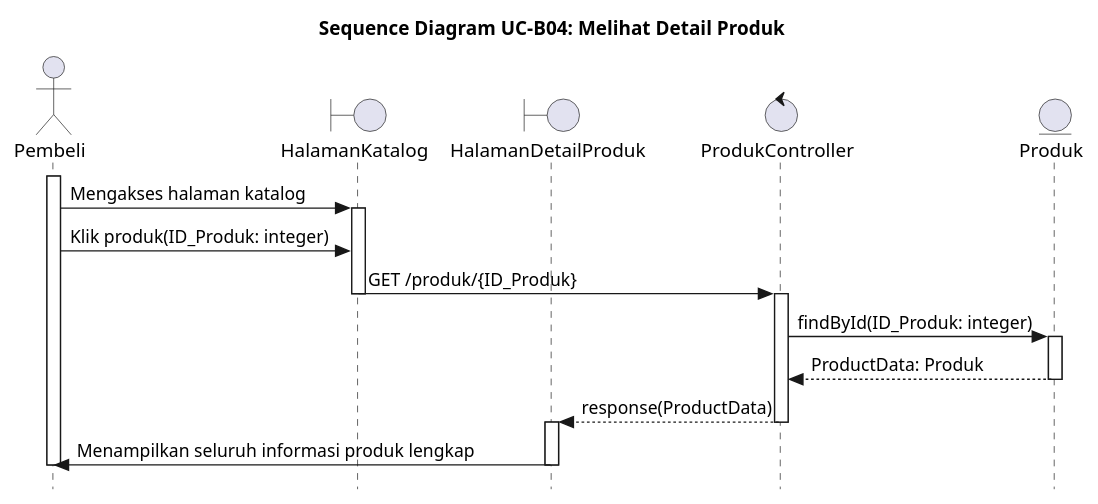
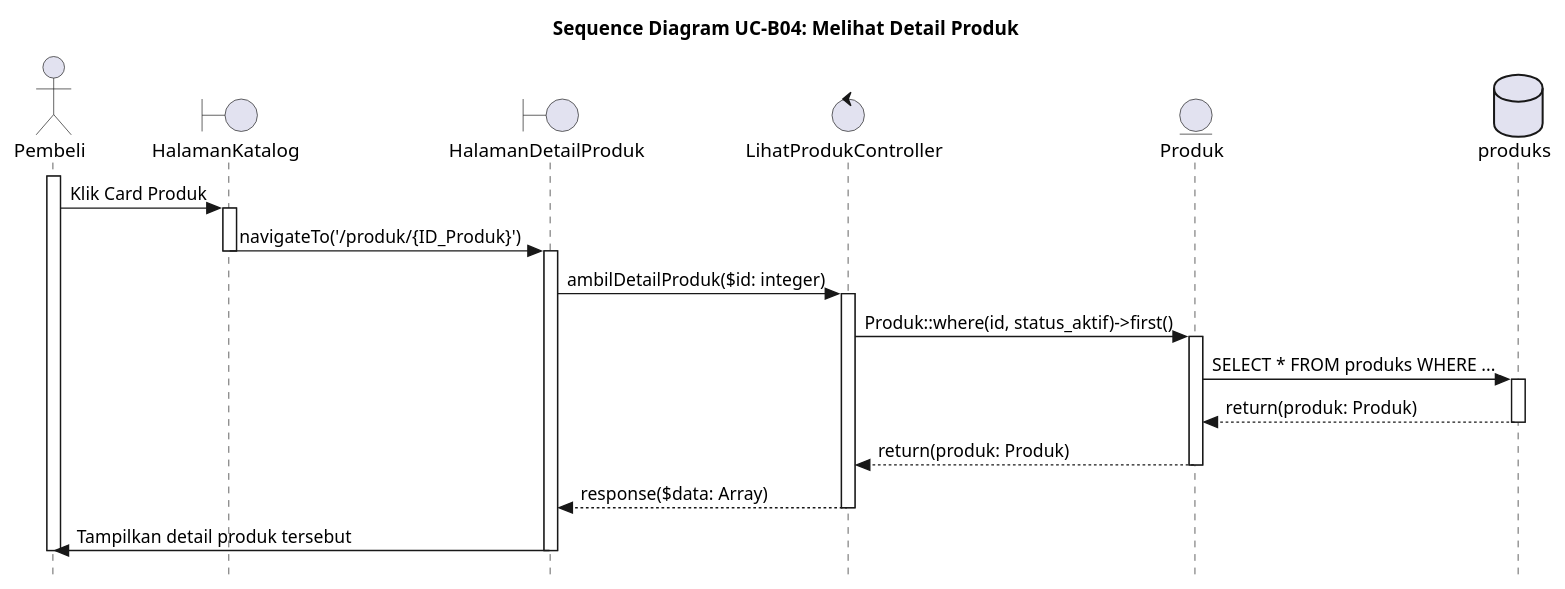
The diagram in UC-B04.PUML (alfiahnurfa/RSI-PROYEK-AKHIR-SEQUENCE), drawn with PlantUML before and after one commit. The commit also changed 8 other files, not shown here.

Commit message:
fix bbrp sequence diagram

```diff
--- a/UC-B04.PUML
+++ b/UC-B04.PUML
@@ -1,34 +1,42 @@
 @startuml SD-UC-B04_MelihatDetailProduk
 title Sequence Diagram UC-B04: Melihat Detail Produk
 skinparam style strictuml
 
 actor Pembeli
 boundary HalamanKatalog
 boundary HalamanDetailProduk
-control ProdukController
+control LihatProdukController
 entity Produk
+database produks
 
 activate Pembeli
-Pembeli -> HalamanKatalog : Mengakses halaman katalog
+Pembeli -> HalamanKatalog : Klik Card Produk
+
 activate HalamanKatalog
+HalamanKatalog -> HalamanDetailProduk : navigateTo('/produk/{ID_Produk}')
+deactivate HalamanKatalog
+activate HalamanDetailProduk
 
-Pembeli -> HalamanKatalog : Klik produk(ID_Produk: integer)
+HalamanDetailProduk -> LihatProdukController : ambilDetailProduk($id: integer)
+activate LihatProdukController
 
-HalamanKatalog -> ProdukController : GET /produk/{ID_Produk}
-deactivate HalamanKatalog
-activate ProdukController
+LihatProdukController -> Produk : Produk::where(id, status_aktif)->first()
+activate Produk
 
-ProdukController -> Produk : findById(ID_Produk: integer)
-activate Produk
-Produk --> ProdukController : ProductData: Produk
+Produk -> produks : SELECT * FROM produks WHERE ...
+activate produks
+
+produks --> Produk : return(produk: Produk)
+deactivate produks
+
+Produk --> LihatProdukController : return(produk: Produk)
 deactivate Produk
 
-ProdukController --> HalamanDetailProduk : response(ProductData)
-deactivate ProdukController
-activate HalamanDetailProduk
+LihatProdukController --> HalamanDetailProduk : response($data: Array)
+deactivate LihatProdukController
 
-HalamanDetailProduk -> Pembeli : Menampilkan seluruh informasi produk lengkap
+HalamanDetailProduk -> Pembeli : Tampilkan detail produk tersebut
 deactivate HalamanDetailProduk
 deactivate Pembeli
 
 @enduml
```
